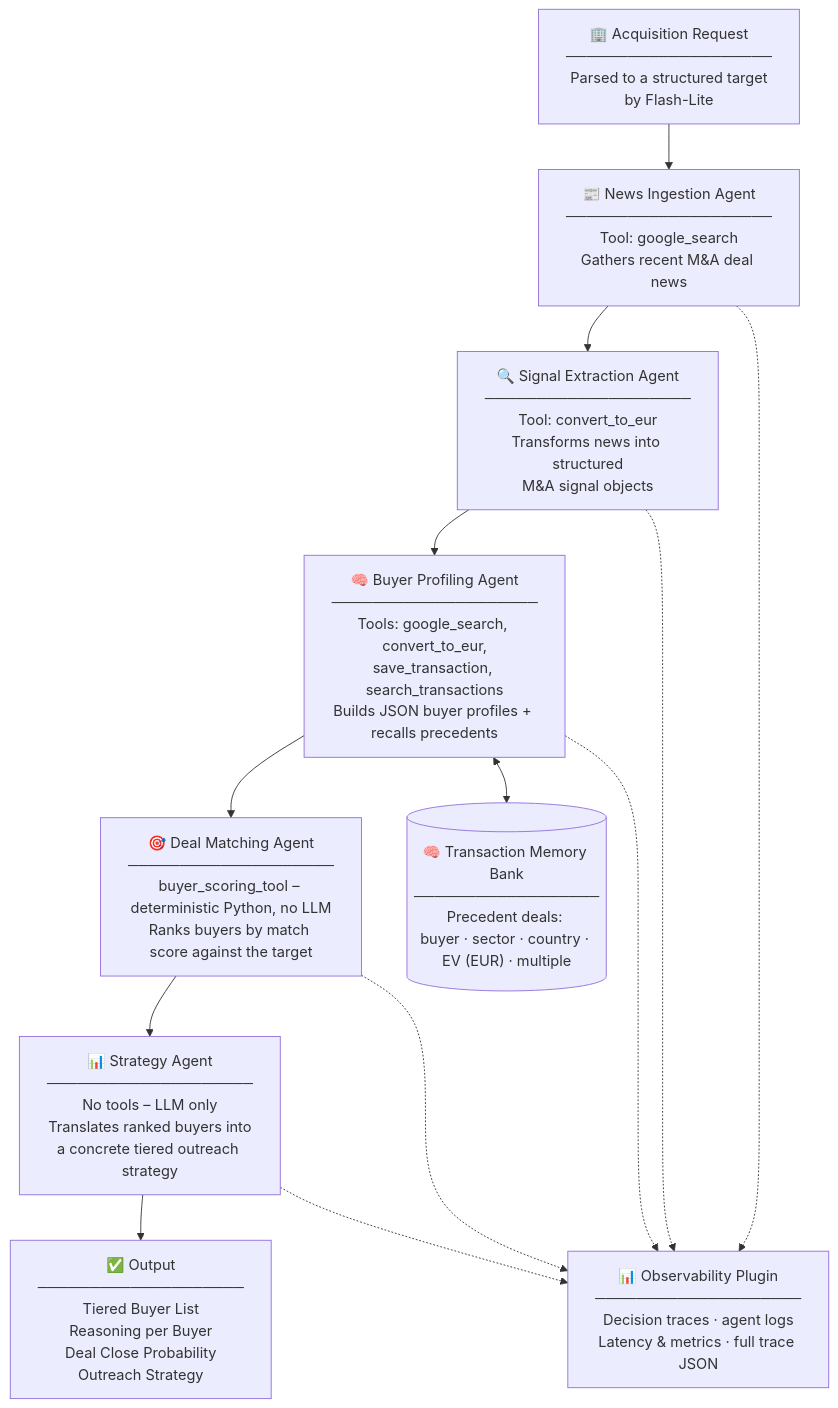
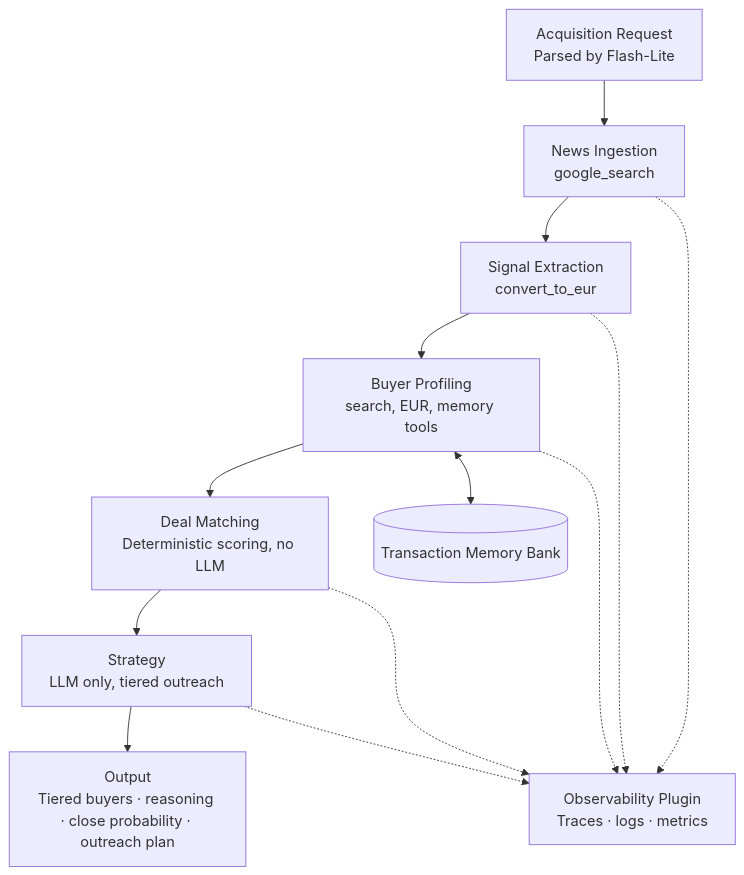
The diagram in README.md (ol1ak5/ma-signal-intelligence-engine), drawn with Mermaid before and after one commit. The commit also changed other lines of this file, not shown here.

First line of the commit message:
Shorten README and simplify architecture diagram

````diff
--- a/README.md
+++ b/README.md
@@ -125,29 +95,17 @@
 ```mermaid
 flowchart TD
-    INPUT["🏢 Acquisition Request\n────────────────────\n Parsed to a structured target by Flash-Lite"]
+    INPUT["Acquisition Request<br>Parsed by Flash-Lite"]
+    A["News Ingestion<br>google_search"]
+    B["Signal Extraction<br>convert_to_eur"]
+    C["Buyer Profiling<br>search, EUR, memory tools"]
+    D["Deal Matching<br>Deterministic scoring, no LLM"]
+    E["Strategy<br>LLM only, tiered outreach"]
+    OUTPUT["Output<br>Tiered buyers · reasoning · close probability · outreach plan"]
 
-    A["📰 News Ingestion Agent\n────────────────────\nTool: google_search\nGathers recent M&A deal news"]
-
-    B["🔍 Signal Extraction Agent\n────────────────────\nTool: convert_to_eur\nTransforms news into structured\nM&A signal objects"]
-
-    C["🧠 Buyer Profiling Agent\n────────────────────\nTools: google_search, convert_to_eur,\nsave_transaction, search_transactions\nBuilds JSON buyer profiles + recalls precedents"]
-
-    D["🎯 Deal Matching Agent\n────────────────────\nbuyer_scoring_tool – deterministic Python, no LLM\nRanks buyers by match score against the target"]
-
-    E["📊 Strategy Agent\n────────────────────\nNo tools – LLM only\nTranslates ranked buyers into\na concrete tiered outreach strategy"]
-
-    MEM[("🧠 Transaction Memory Bank\n──────────────────\nPrecedent deals: \nbuyer · sector · country · EV (EUR) · multiple")]
-
-    OBS["📊 Observability Plugin\n────────────────────\nDecision traces · agent logs\nLatency & metrics · full trace JSON"]
+    MEM[("Transaction Memory Bank")]
+    OBS["Observability Plugin<br>Traces · logs · metrics"]
 
     INPUT --> A --> B --> C --> D --> E --> OUTPUT
     C <--> MEM
-
-    OUTPUT["✅ Output\n────────────────────\nTiered Buyer List\nReasoning per Buyer\nDeal Close Probability\nOutreach Strategy"]
-
-    A -.-> OBS
-    B -.-> OBS
-    C -.-> OBS
-    D -.-> OBS
-    E -.-> OBS
+    A & B & C & D & E -.-> OBS
 ```
````
